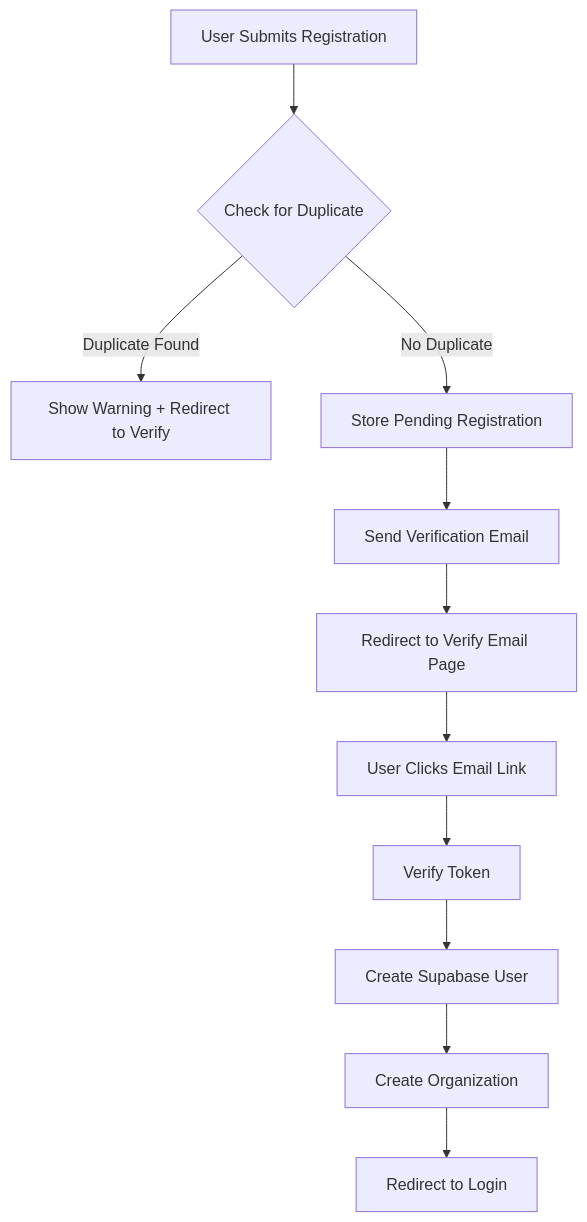
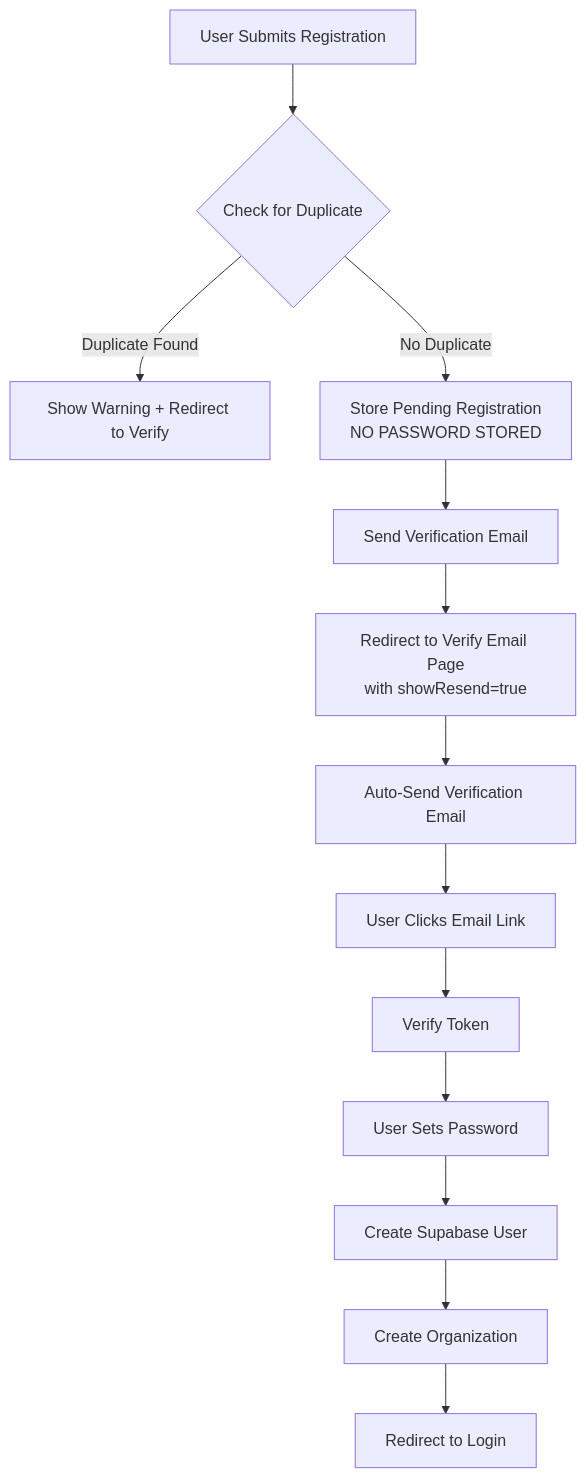
The first of 4 diagrams in docs/authentication.md (Maxapp-ZRH/PayMatch), drawn with Mermaid before and after one commit. The commit also changed other lines of this file and 17 other files, not shown here.

First line of the commit message:
fix: resolve duplicate email sending and improve verify-email UX

````diff
--- a/docs/authentication.md
+++ b/docs/authentication.md
@@ -77,13 +81,15 @@
 ```mermaid
 graph TD
     A[User Submits Registration] --> B{Check for Duplicate}
     B -->|Duplicate Found| C[Show Warning + Redirect to Verify]
-    B -->|No Duplicate| D[Store Pending Registration]
+    B -->|No Duplicate| D[Store Pending Registration<br/>NO PASSWORD STORED]
     D --> E[Send Verification Email]
-    E --> F[Redirect to Verify Email Page]
-    F --> G[User Clicks Email Link]
-    G --> H[Verify Token]
-    H --> I[Create Supabase User]
-    I --> J[Create Organization]
-    J --> K[Redirect to Login]
+    E --> F[Redirect to Verify Email Page<br/>with showResend=true]
+    F --> G[Auto-Send Verification Email]
+    G --> H[User Clicks Email Link]
+    H --> I[Verify Token]
+    I --> J[User Sets Password]
+    J --> K[Create Supabase User]
+    K --> L[Create Organization]
+    L --> M[Redirect to Login]
 ```
````
